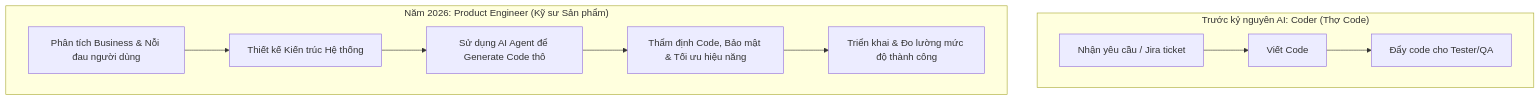
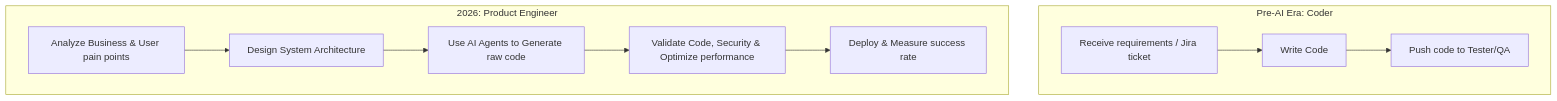
Before and after one commit to ga2631/ga2631.github.io: the first of 2 diagrams in src/data/blog/en/92-2026-09-18-the-landscape-for-software-developers-in-2026.md, drawn with Mermaid. The commit also changed other lines of this file and 74 other files, not shown here.

````diff
--- a/src/data/blog/en/92-2026-09-18-the-landscape-for-software-developers-in-2026.md
+++ b/src/data/blog/en/92-2026-09-18-the-landscape-for-software-developers-in-2026.md
@@ -48,14 +48,14 @@
 ```mermaid
 flowchart TD
-    subgraph Giai_Doan_Truoc ["Trước kỷ nguyên AI: Coder (Thợ Code)"]
-        A1[Nhận yêu cầu / Jira ticket] --> A2[Viết Code]
-        A2 --> A3[Đẩy code cho Tester/QA]
+    subgraph Pre_AI_Era ["Pre-AI Era: Coder"]
+        A1[Receive requirements / Jira ticket] --> A2[Write Code]
+        A2 --> A3[Push code to Tester/QA]
     end
 
-    subgraph Hien_Tai ["Năm 2026: Product Engineer (Kỹ sư Sản phẩm)"]
-        B1[Phân tích Business & Nỗi đau người dùng] --> B2[Thiết kế Kiến trúc Hệ thống]
-        B2 --> B3[Sử dụng AI Agent để Generate Code thô]
-        B3 --> B4[Thẩm định Code, Bảo mật & Tối ưu hiệu năng]
-        B4 --> B5[Triển khai & Đo lường mức độ thành công]
+    subgraph Present ["2026: Product Engineer"]
+        B1[Analyze Business & User pain points] --> B2[Design System Architecture]
+        B2 --> B3[Use AI Agents to Generate raw code]
+        B3 --> B4[Validate Code, Security & Optimize performance]
+        B4 --> B5[Deploy & Measure success rate]
     end
 ```
````
